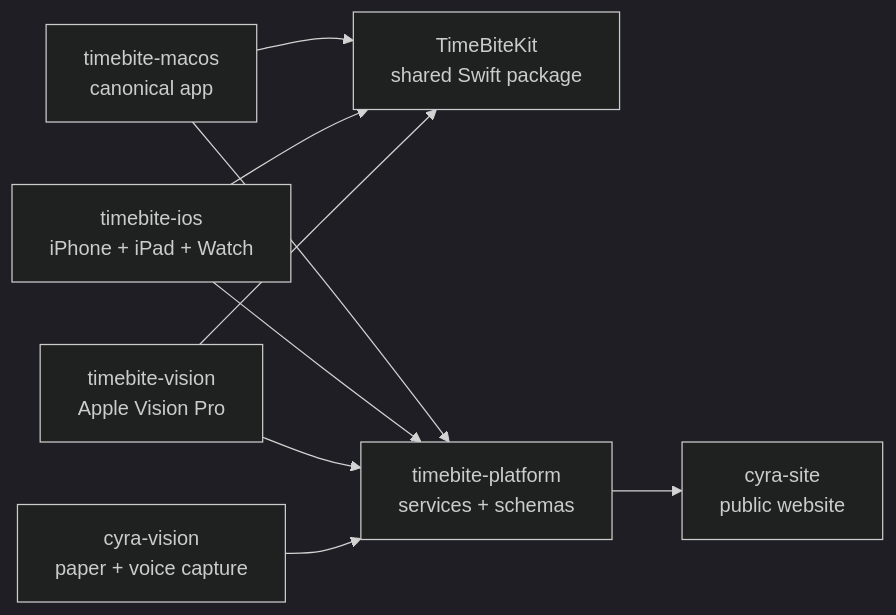
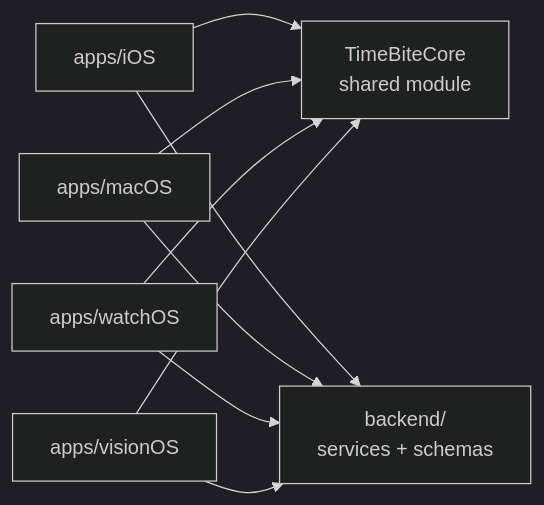
The diagram in docs/repository-architecture.md (erinjerri/timebite-platform), drawn with Mermaid (dark theme) before and after one commit. The commit also changed other lines of this file and 3 other files, not shown here.

First line of the commit message:
Adopt TimeBiteCore monorepo architecture in documentation

````diff
--- a/docs/repository-architecture.md
+++ b/docs/repository-architecture.md
@@ -154,19 +47,19 @@
 ```mermaid
 flowchart LR
-    Mac["timebite-macos<br/>canonical app"]
-    Kit["TimeBiteKit<br/>shared Swift package"]
-    Platform["timebite-platform<br/>services + schemas"]
-    IOS["timebite-ios<br/>iPhone + iPad + Watch"]
-    Vision["timebite-vision<br/>Apple Vision Pro"]
-    CYRAVision["cyra-vision<br/>paper + voice capture"]
-    Site["cyra-site<br/>public website"]
+    Core["TimeBiteCore<br/>shared module"]
+    IOS["apps/iOS"]
+    Mac["apps/macOS"]
+    Watch["apps/watchOS"]
+    Vision["apps/visionOS"]
+    Backend["backend/<br/>services + schemas"]
 
-    Mac --> Kit
-    IOS --> Kit
-    Vision --> Kit
-    Mac --> Platform
-    IOS --> Platform
-    Vision --> Platform
-    CYRAVision --> Platform
-    Platform --> Site
+    IOS --> Core
+    Mac --> Core
+    Watch --> Core
+    Vision --> Core
+
+    IOS --> Backend
+    Mac --> Backend
+    Watch --> Backend
+    Vision --> Backend
 ```
````
